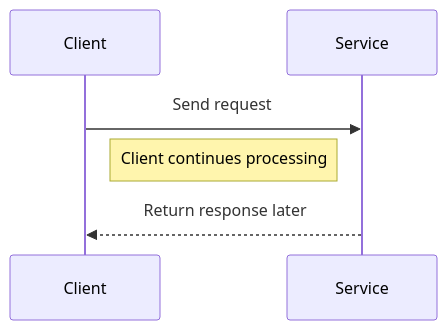
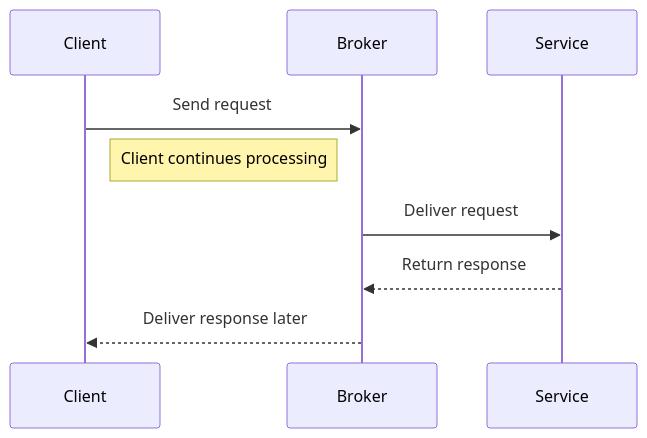
The fourth of 6 diagrams in modules/communication-sync/slides/1 - Communication styles.md (nbicocchi/learn-microservices), drawn with Mermaid before and after one commit. The commit also changed other lines of this file, not shown here.

````diff
--- a/modules/communication-sync/slides/1 - Communication styles.md
+++ b/modules/communication-sync/slides/1 - Communication styles.md
@@ -219,8 +278,12 @@
 ```mermaid
 sequenceDiagram
     participant Client
+    participant Broker
     participant Service
-    Client->>Service: Send request
+
+    Client->>Broker: Send request
     Note right of Client: Client continues processing
-    Service-->>Client: Return response later
+    Broker->>Service: Deliver request
+    Service-->>Broker: Return response
+    Broker-->>Client: Deliver response later
 ```
````
